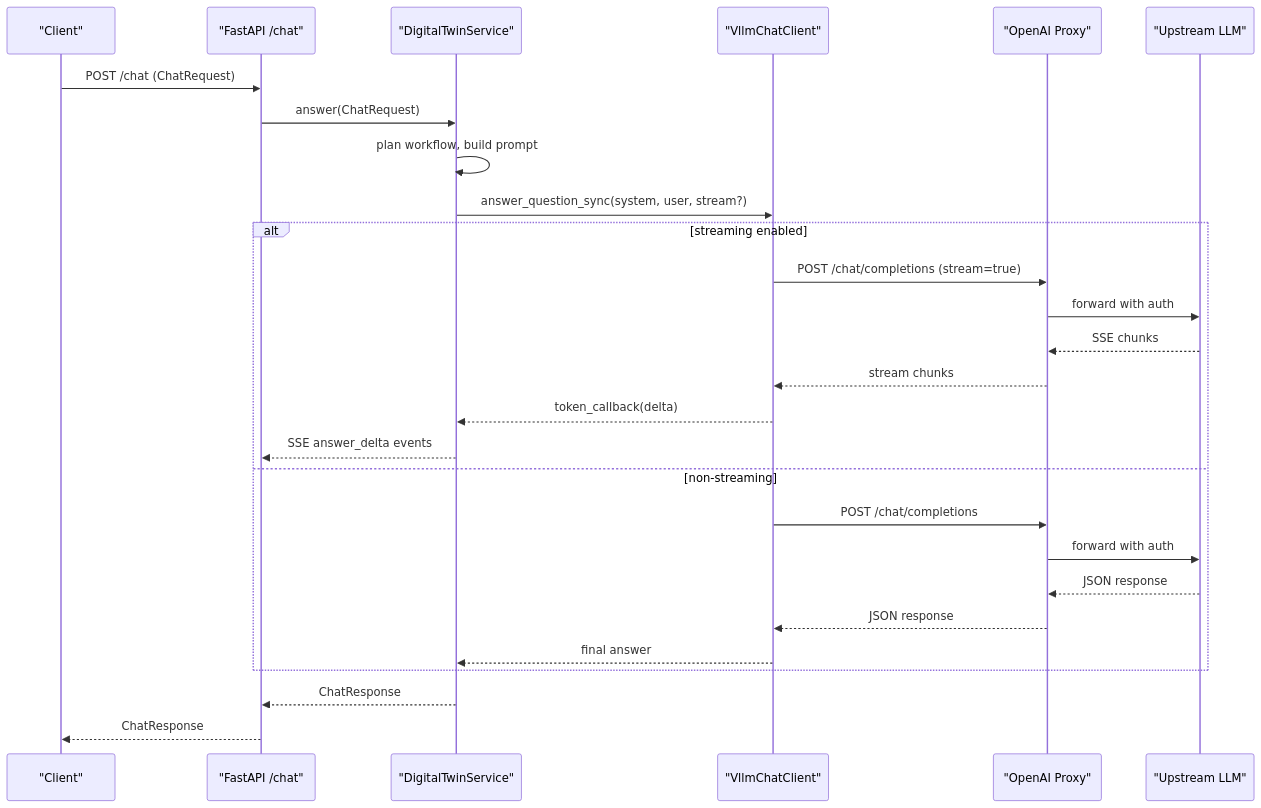
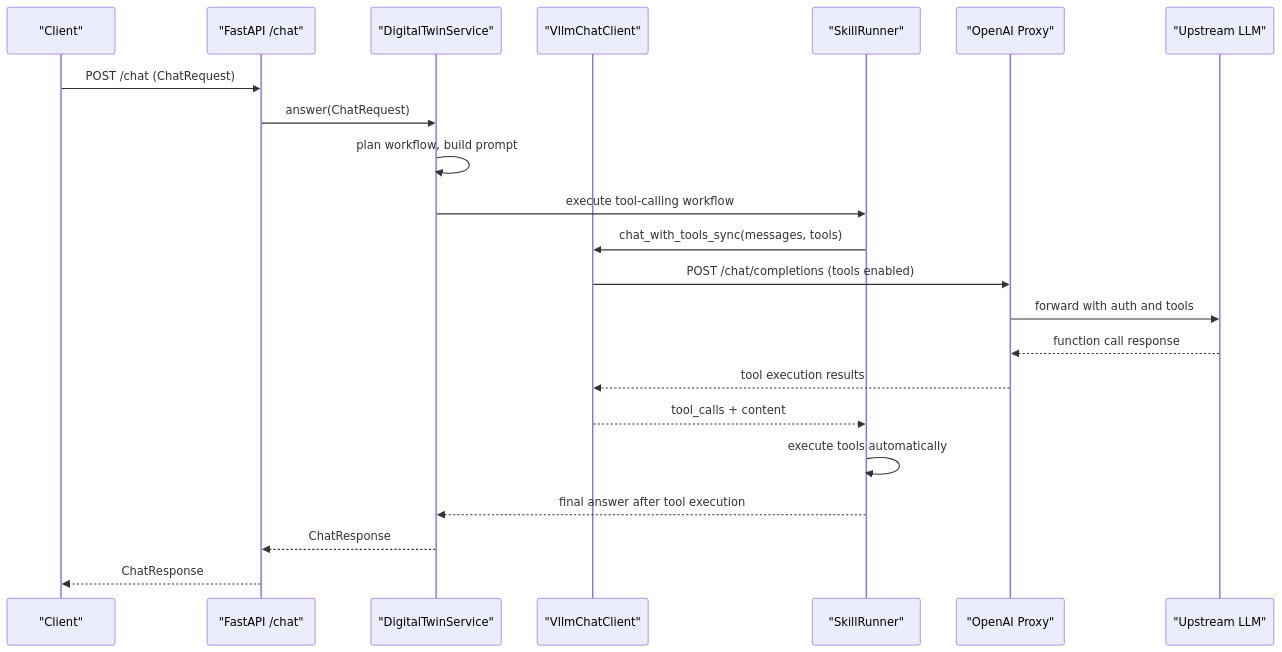
The second of 10 diagrams in .qoder/repowiki/en/content/Integration and Extensions/LLM Client Architecture.md (intellistream/sage-mate), drawn with Mermaid before and after one commit. The commit also changed other lines of this file and 136 other files, not shown here.

First line of the commit message:
chore: source updates, bidirectional link graph, data and repowiki refresh

````diff
--- a/.qoder/repowiki/en/content/Integration and Extensions/LLM Client Architecture.md
+++ b/.qoder/repowiki/en/content/Integration and Extensions/LLM Client Architecture.md
@@ -95,29 +120,24 @@
 ```mermaid
 sequenceDiagram
 participant Client as "Client"
 participant API as "FastAPI /chat"
 participant Service as "DigitalTwinService"
 participant LLM as "VllmChatClient"
+participant SkillRunner as "SkillRunner"
 participant Proxy as "OpenAI Proxy"
 participant Upstream as "Upstream LLM"
 Client->>API : POST /chat (ChatRequest)
 API->>Service : answer(ChatRequest)
 Service->>Service : plan workflow, build prompt
-Service->>LLM : answer_question_sync(system, user, stream?)
-alt streaming enabled
-LLM->>Proxy : POST /chat/completions (stream=true)
-Proxy->>Upstream : forward with auth
-Upstream-->>Proxy : SSE chunks
-Proxy-->>LLM : stream chunks
-LLM-->>Service : token_callback(delta)
-Service-->>API : SSE answer_delta events
-else non-streaming
-LLM->>Proxy : POST /chat/completions
-Proxy->>Upstream : forward with auth
-Upstream-->>Proxy : JSON response
-Proxy-->>LLM : JSON response
-LLM-->>Service : final answer
-end
+Service->>SkillRunner : execute tool-calling workflow
+SkillRunner->>LLM : chat_with_tools_sync(messages, tools)
+LLM->>Proxy : POST /chat/completions (tools enabled)
+Proxy->>Upstream : forward with auth and tools
+Upstream-->>Proxy : function call response
+Proxy-->>LLM : tool execution results
+LLM-->>SkillRunner : tool_calls + content
+SkillRunner->>SkillRunner : execute tools automatically
+SkillRunner-->>Service : final answer after tool execution
 Service-->>API : ChatResponse
 API-->>Client : ChatResponse
 ```
````
